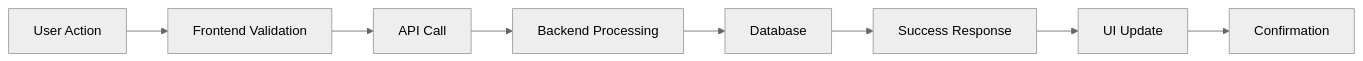
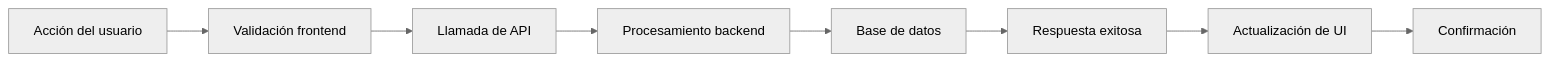
The first of 2 diagrams in skills/spec-driven-development/SKILL.md (gonzoblasco/kanam-skills), drawn with Mermaid (neutral theme) before and after one commit. The commit also changed other lines of this file and 122 other files, not shown here.

````diff
--- a/skills/spec-driven-development/SKILL.md
+++ b/skills/spec-driven-development/SKILL.md
@@ -157,10 +157,10 @@
 ```mermaid
 graph LR
-  A[User Action] --> B[Frontend Validation]
-  B --> C[API Call]
-  C --> D[Backend Processing]
-  D --> E[Database]
-  E --> F[Success Response]
-  F --> G[UI Update]
-  G --> H[Confirmation]
+  A[Acción del usuario] --> B[Validación frontend]
+  B --> C[Llamada de API]
+  C --> D[Procesamiento backend]
+  D --> E[Base de datos]
+  E --> F[Respuesta exitosa]
+  F --> G[Actualización de UI]
+  G --> H[Confirmación]
 ```
````
